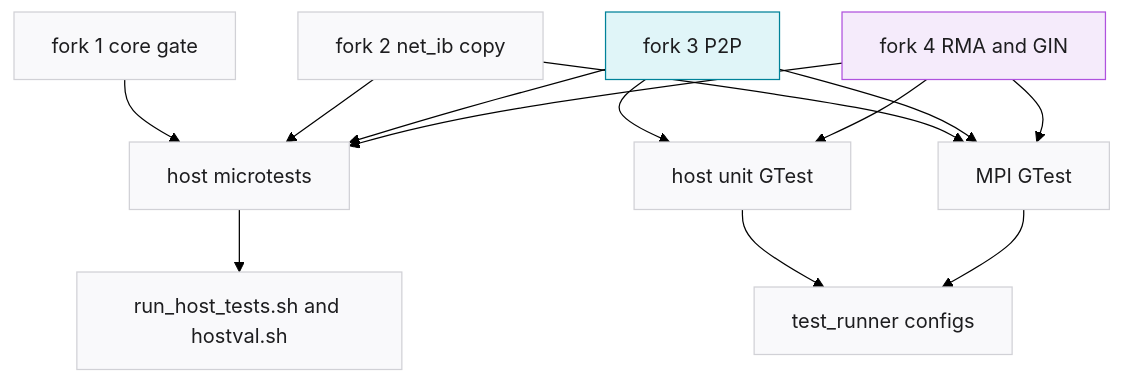
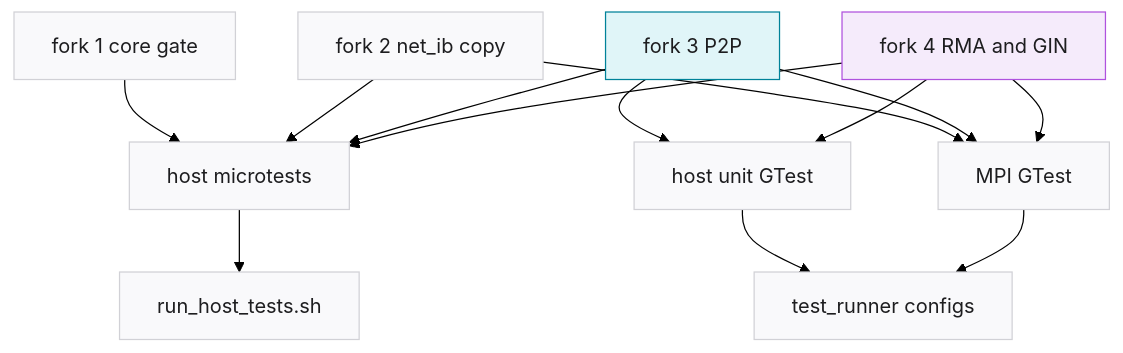
Before and after one commit to ROCm/rocm-systems: the diagram in projects/rccl/docs/design/multi_segment_validation_plan.md, drawn with Mermaid (forest theme). The commit also changed other lines of this file and 19 other files, not shown here.

````diff
--- a/projects/rccl/docs/design/multi_segment_validation_plan.md
+++ b/projects/rccl/docs/design/multi_segment_validation_plan.md
@@ -40,22 +35,22 @@
 ```mermaid
 %% caption: Which tiers exercise each fork
 flowchart TD
  f1["fork 1 core gate"] --> micro["host microtests"]
  f2["fork 2 net_ib copy"] --> micro
  f3["fork 3 P2P"] --> unit["host unit GTest"]
  f4["fork 4 RMA and GIN"] --> unit
  f3 --> micro
  f4 --> micro
  f2 --> mpi["MPI GTest"]
  f3 --> mpi
  f4 --> mpi
- micro --> hv["run_host_tests.sh and hostval.sh"]
+ micro --> hv["run_host_tests.sh"]
  unit --> tr["test_runner configs"]
  mpi --> tr
  classDef neutral fill:#f9f9fb,stroke:#d1d1d6,color:#1d1d1f
  classDef netib fill:#e0f5f8,stroke:#008299,color:#1d1d1f
  classDef rma fill:#f5ebfb,stroke:#af52de,color:#1d1d1f
  class f1,f2,micro,unit,mpi,hv,tr neutral
  class f3 netib
  class f4 rma
 ```
````
